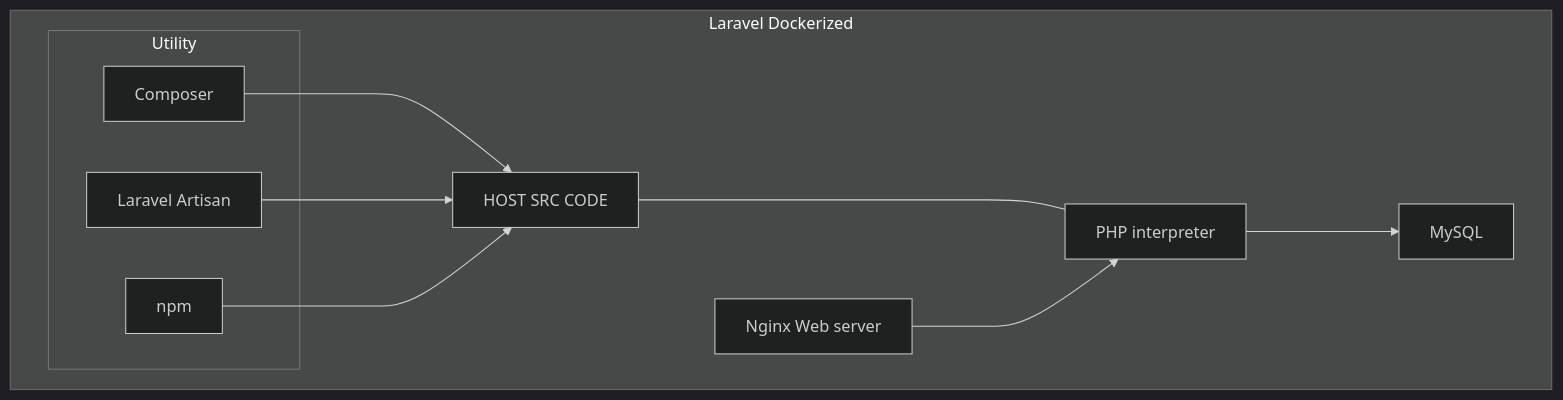
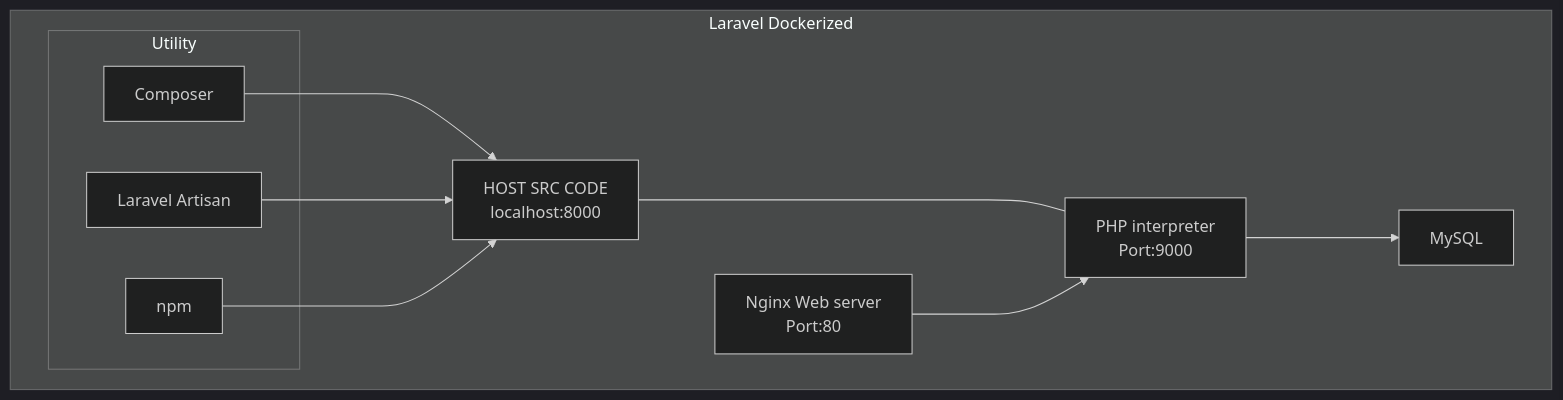
Before and after one commit to Aixufey/Docker-Complete: the diagram in src/LaravelProject/README.md, drawn with Mermaid. The commit also changed other lines of this file and 3 other files, not shown here.

Commit message:
Building interpreter PHP

````diff
--- a/src/LaravelProject/README.md
+++ b/src/LaravelProject/README.md
@@ -4,20 +4,20 @@
 ```mermaid
 %%{init: {'theme': 'dark'}}%%
     graph
     subgraph "Laravel Dockerized"
-    A[HOST SRC CODE]
-    B[PHP interpreter]
-    C[Nginx Web server]
+    A[HOST SRC CODE<br>localhost:8000]
+    B[PHP interpreter<br>Port:9000]
+    C[Nginx Web server<br>Port:80]
     D[MySQL]
         subgraph "Utility"
         E[Composer]
         F[Laravel Artisan]
         G[npm]
         end
     end
     A <---- B ---> D 
     C  ---> B
     E ---> A
     F ---> A
     G ---> A
 ```
````
